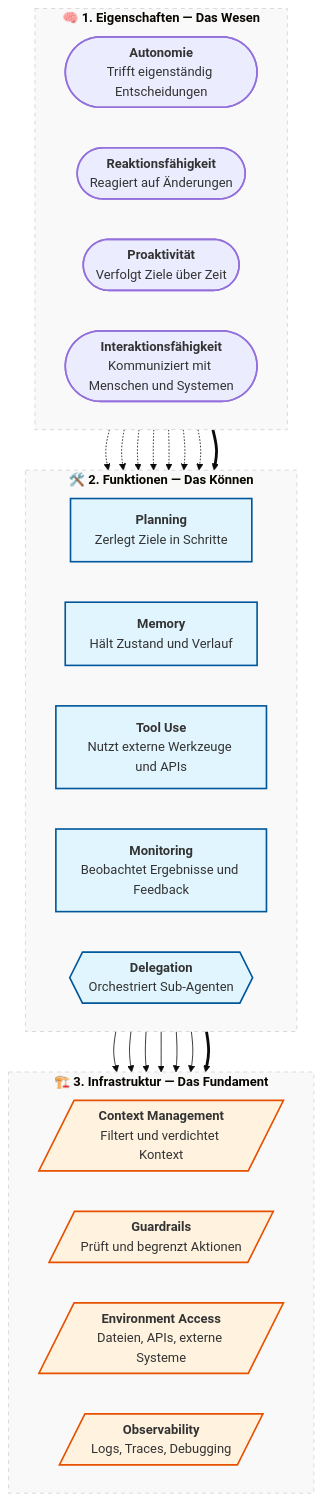
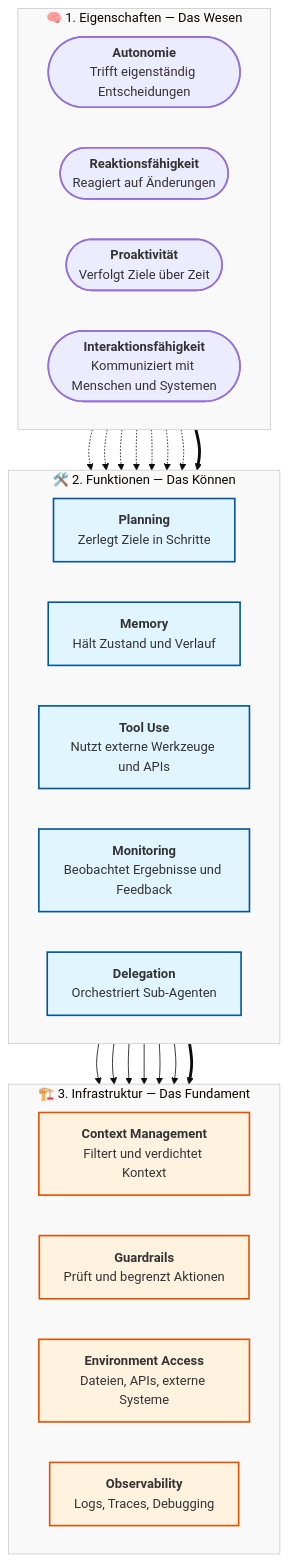
One commit to ralf-42/Agenten changed the diagram in docs/concepts/Agenten_Dimensionen.md. Above: the diagram before and after it, drawn with Mermaid. The commit also changed other lines of this file, not shown here.

````diff
--- a/docs/concepts/Agenten_Dimensionen.md
+++ b/docs/concepts/Agenten_Dimensionen.md
@@ -19,56 +19,56 @@
 ```mermaid
 %%{init: {'theme': 'base'}}%%
 graph TD
     classDef property fill:#ececff,stroke:#9370db,stroke-width:2px,color:#333
     classDef function fill:#e1f5fe,stroke:#01579b,stroke-width:2px,color:#333
     classDef infra fill:#fff3e0,stroke:#e65100,stroke-width:2px,color:#333
-    classDef groupStyle fill:#f9f9f9,stroke:#d3d3d3,stroke-dasharray: 5 5
+    classDef groupStyle fill:#f9f9f9,stroke:#ccc
 
-    subgraph E1["<b>🧠 1. Eigenschaften — Das Wesen</b>"]
+    subgraph E1["🧠 1. Eigenschaften — Das Wesen"]
         direction LR
         A(["<b>Autonomie</b><br/>Trifft eigenständig Entscheidungen"])
         R(["<b>Reaktionsfähigkeit</b><br/>Reagiert auf Änderungen"])
         P(["<b>Proaktivität</b><br/>Verfolgt Ziele über Zeit"])
         I(["<b>Interaktionsfähigkeit</b><br/>Kommuniziert mit Menschen und Systemen"])
     end
 
-    subgraph E2["<b>🛠️ 2. Funktionen — Das Können</b>"]
+    subgraph E2["🛠️ 2. Funktionen — Das Können"]
         direction LR
         PL["<b>Planning</b><br/>Zerlegt Ziele in Schritte"]
         ME["<b>Memory</b><br/>Hält Zustand und Verlauf"]
         TU["<b>Tool Use</b><br/>Nutzt externe Werkzeuge und APIs"]
         MO["<b>Monitoring</b><br/>Beobachtet Ergebnisse und Feedback"]
-        DE{{"<b>Delegation</b><br/>Orchestriert Sub-Agenten"}}
+        DE["<b>Delegation</b><br/>Orchestriert Sub-Agenten"]
     end
 
-    subgraph E3["<b>🏗️ 3. Infrastruktur — Das Fundament</b>"]
+    subgraph E3["🏗️ 3. Infrastruktur — Das Fundament"]
         direction LR
-        CM[/"<b>Context Management</b><br/>Filtert und verdichtet Kontext"/]
-        GR[/"<b>Guardrails</b><br/>Prüft und begrenzt Aktionen"/]
-        EA[/"<b>Environment Access</b><br/>Dateien, APIs, externe Systeme"/]
-        OB[/"<b>Observability</b><br/>Logs, Traces, Debugging"/]
+        CM["<b>Context Management</b><br/>Filtert und verdichtet Kontext"]
+        GR["<b>Guardrails</b><br/>Prüft und begrenzt Aktionen"]
+        EA["<b>Environment Access</b><br/>Dateien, APIs, externe Systeme"]
+        OB["<b>Observability</b><br/>Logs, Traces, Debugging"]
     end
 
     E1 ==> E2
     E2 ==> E3
 
     A -.-> PL
     A -.-> TU
     P -.-> PL
     P -.-> ME
     P -.-> DE
     R -.-> MO
     I -.-> TU
 
     PL --> CM
     ME --> CM
     TU --> EA
     TU --> GR
     MO --> OB
     DE --> OB
 
     class A,R,P,I property
     class PL,ME,TU,MO,DE function
     class CM,GR,EA,OB infra
     class E1,E2,E3 groupStyle
 ```
````
